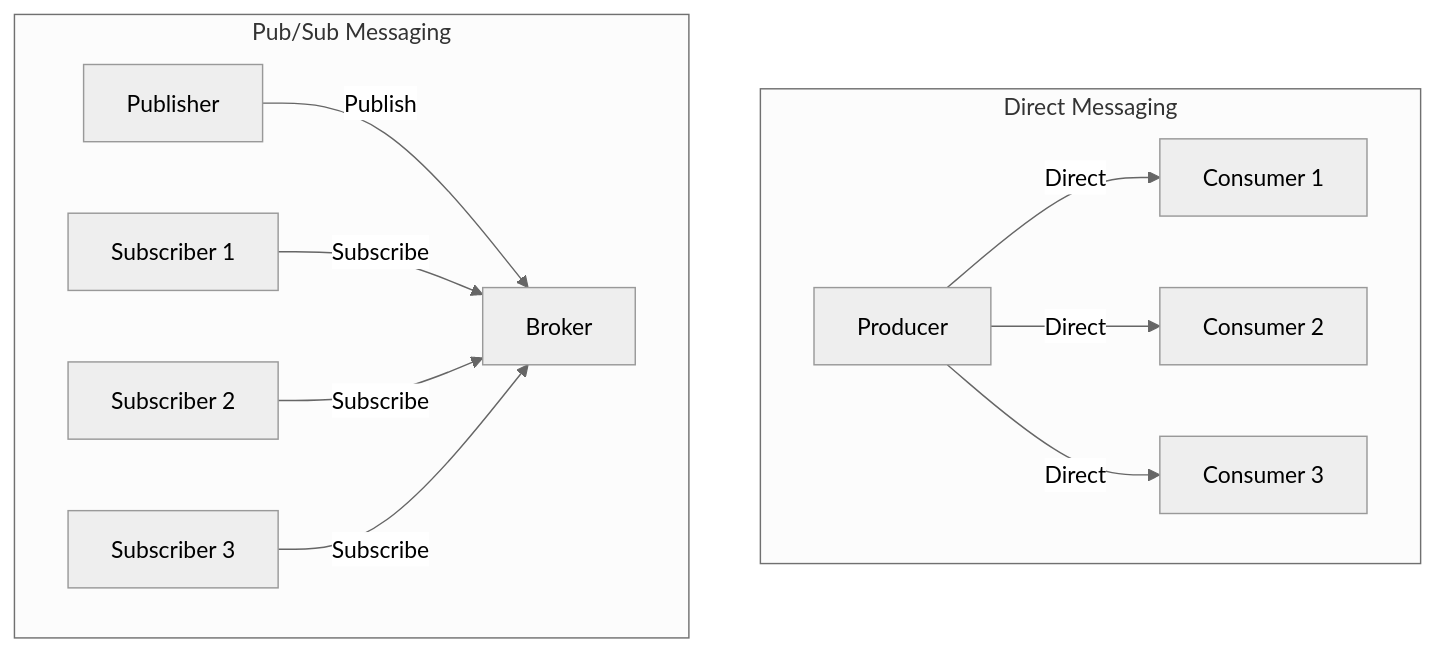
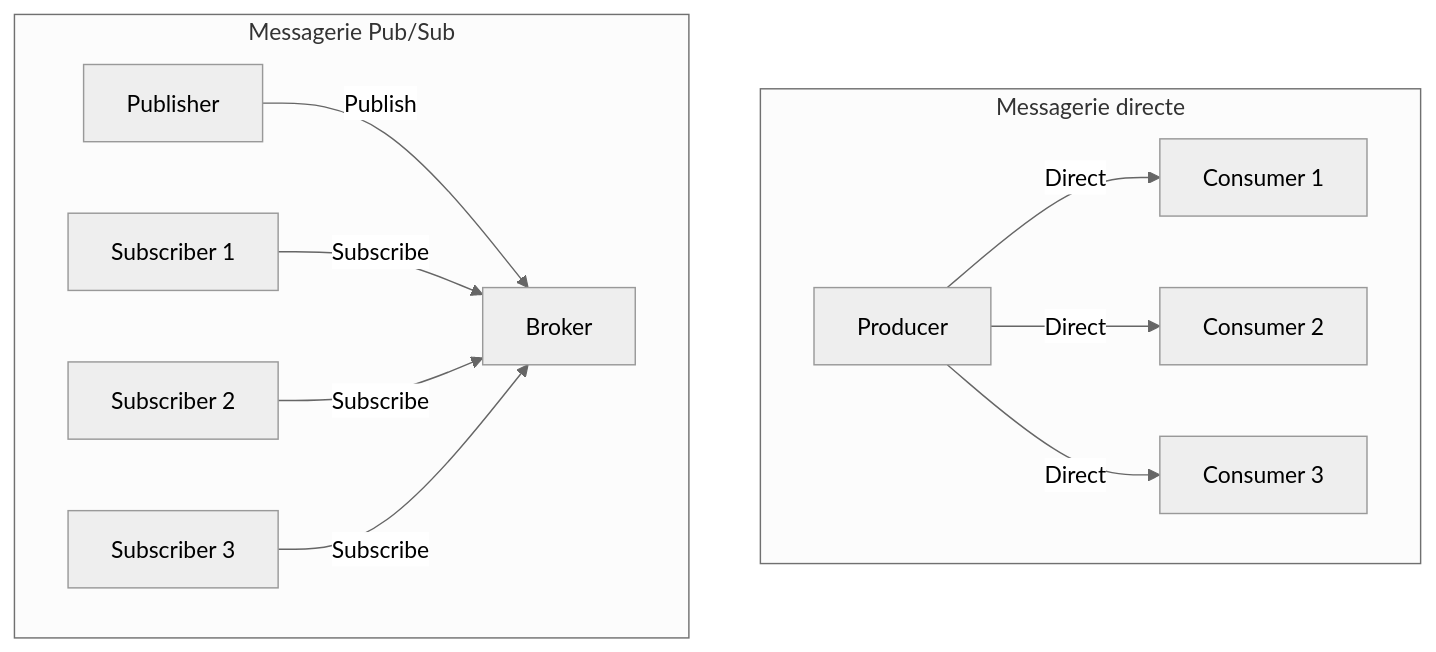
Before and after one commit to dardourimohamed/distributed-systems-course: the first of 6 diagrams in src/real-time/09-pub-sub.md, drawn with Mermaid (neutral theme). The commit also changed other lines of this file and 38 other files, not shown here.

````diff
--- a/src/real-time/09-pub-sub.md
+++ b/src/real-time/09-pub-sub.md
@@ -26,15 +26,15 @@
 ```mermaid
 graph TB
-    subgraph "Direct Messaging"
+    subgraph "Messagerie directe"
         P1[Producer] -->|Direct| C1[Consumer 1]
         P1 -->|Direct| C2[Consumer 2]
         P1 -->|Direct| C3[Consumer 3]
     end
 
-    subgraph "Pub/Sub Messaging"
+    subgraph "Messagerie Pub/Sub"
         P2[Publisher] -->|Publish| B[Broker]
         S1[Subscriber 1] -->|Subscribe| B
         S2[Subscriber 2] -->|Subscribe| B
         S3[Subscriber 3] -->|Subscribe| B
     end
 ```
````
